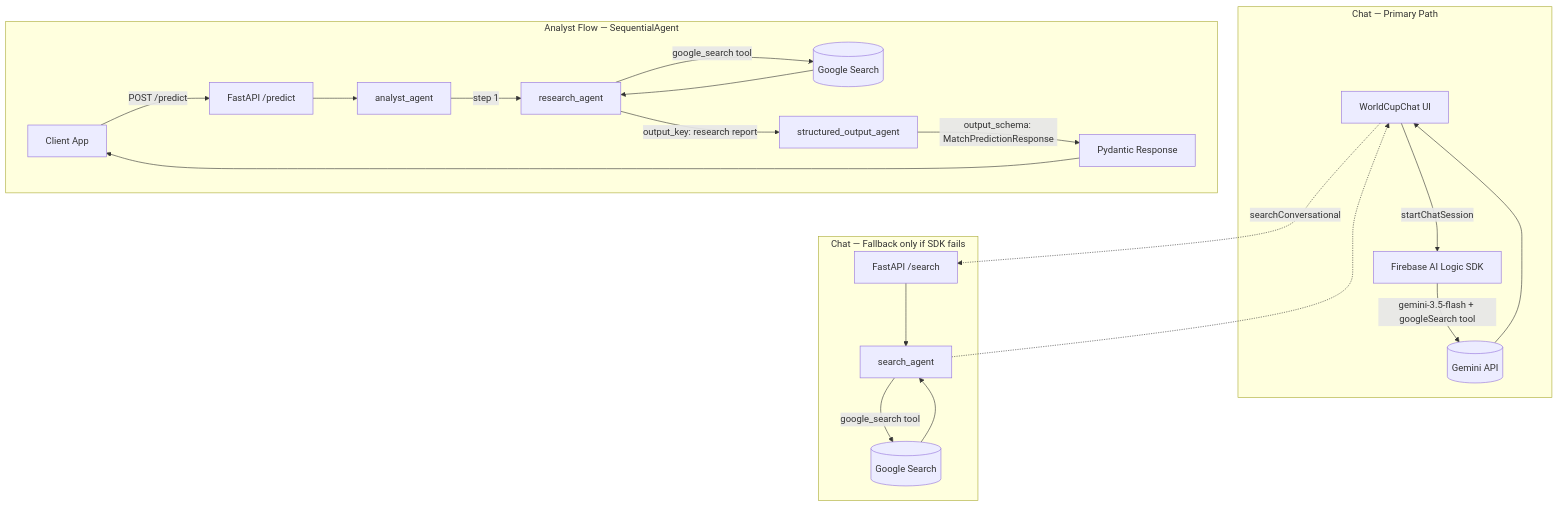
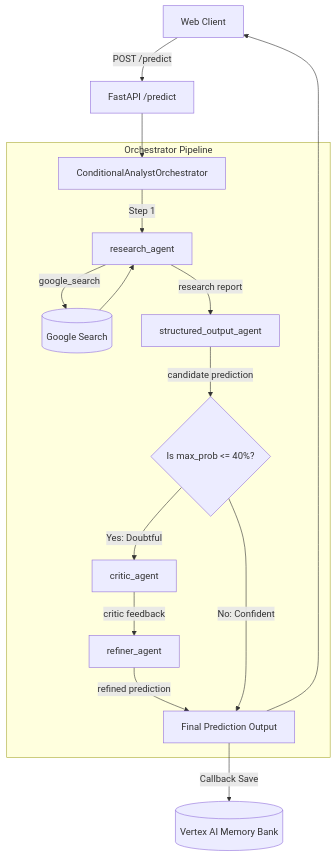
One commit to jggomez/world-cup-2026-devhack-ai changed the diagram in analyst_service/README.md. Above: the diagram before and after it, drawn with Mermaid. The commit also changed other lines of this file and 58 other files, not shown here.

First line of the commit message:
feat(ai-analyst): integrate critic evaluator, firebase analytics, and group stage context

````diff
--- a/analyst_service/README.md
+++ b/analyst_service/README.md
@@ -11,30 +11,23 @@
 ```mermaid
 graph TD
-    ChatUI[WorldCupChat UI]
-    Client[Client App]
-
-    subgraph "Chat — Primary Path"
-        ChatUI -->|startChatSession| FirebaseSDK[Firebase AI Logic SDK]
-        FirebaseSDK -->|gemini-3.5-flash + googleSearch tool| GeminiAPI[(Gemini API)]
-        GeminiAPI --> ChatUI
+    Client[Web Client] -->|POST /predict| Predict[FastAPI /predict]
+    Predict --> Orchestrator[ConditionalAnalystOrchestrator]
+    
+    subgraph "Orchestrator Pipeline"
+        Orchestrator -->|Step 1| Researcher[research_agent]
+        Researcher -->|google_search| Search[(Google Search)]
+        Search --> Researcher
+        
+        Researcher -->|research report| Analyst[structured_output_agent]
+        Analyst -->|candidate prediction| Check{Is max_prob <= 40%?}
+        
+        Check -->|Yes: Doubtful| Critic[critic_agent]
+        Critic -->|critic feedback| Refiner[refiner_agent]
+        Refiner -->|refined prediction| FinalOutput[Final Prediction Output]
+        
+        Check -->|No: Confident| FinalOutput
     end
-
-    subgraph "Chat — Fallback only if SDK fails"
-        ChatUI -.->|searchConversational| SearchEndpoint[FastAPI /search]
-        SearchEndpoint --> SearchAgent[search_agent]
-        SearchAgent -->|google_search tool| GoogleSearch2[(Google Search)]
-        GoogleSearch2 --> SearchAgent
-        SearchAgent -.-> ChatUI
-    end
-
-    subgraph "Analyst Flow — SequentialAgent"
-        Client -->|POST /predict| PredictEndpoint[FastAPI /predict]
-        PredictEndpoint --> AnalystAgent[analyst_agent]
-        AnalystAgent -->|step 1| ResearchAgent[research_agent]
-        ResearchAgent -->|google_search tool| GoogleSearch1[(Google Search)]
-        GoogleSearch1 --> ResearchAgent
-        ResearchAgent -->|output_key: research report| StructuredAgent[structured_output_agent]
-        StructuredAgent -->|output_schema: MatchPredictionResponse| PredictionResponse[Pydantic Response]
-        PredictionResponse --> Client
-    end
+    
+    FinalOutput -->|Callback Save| MemoryBank[(Vertex AI Memory Bank)]
+    FinalOutput --> Client
 ```
````
